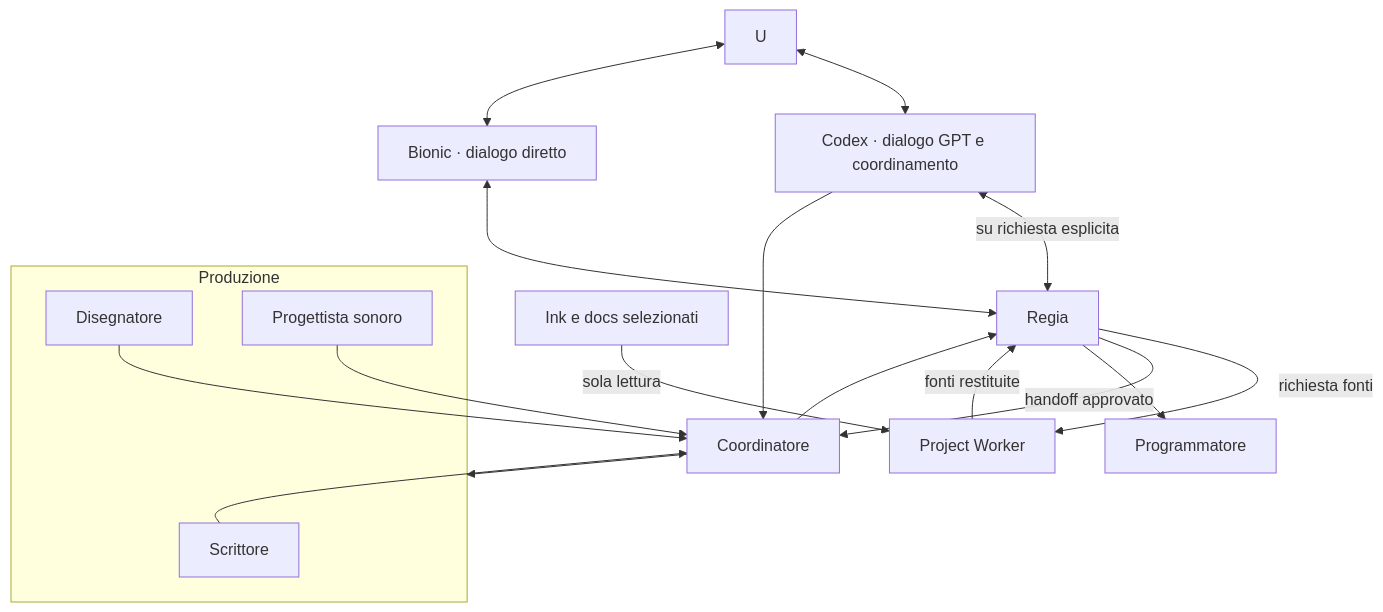
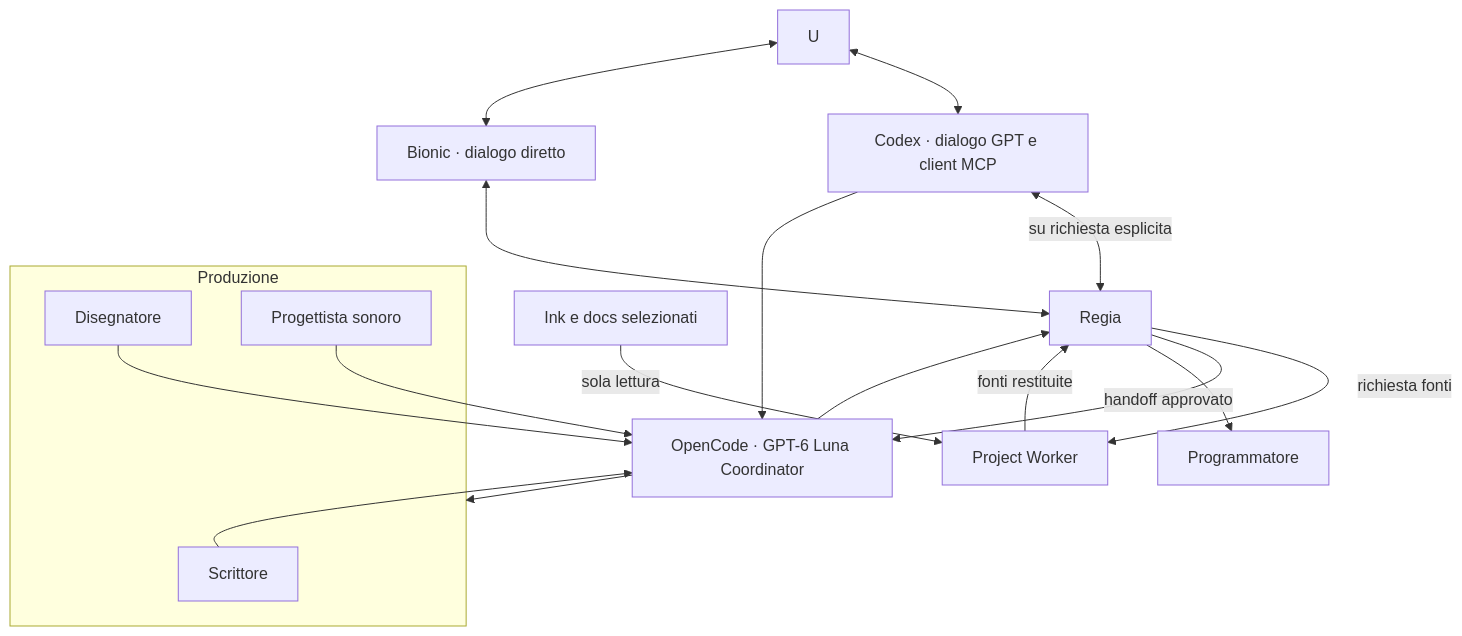
Before and after one commit to DRincs-Productions/LM-Studio: the first of 12 diagrams in README.md, drawn with Mermaid. The commit also changed other lines of this file and 31 other files, not shown here.

Commit message:
Integrate OpenCode across Shadow workflows

````diff
--- a/README.md
+++ b/README.md
@@ -15,23 +15,23 @@
 ```mermaid
 flowchart TD
-    U <--> X[Codex · dialogo GPT e coordinamento]
+    U <--> X[Codex · dialogo GPT e client MCP]
     U <--> B[Bionic · dialogo diretto]
     X <-->|su richiesta esplicita| R[Regia]
     B <--> R
     R -->|richiesta fonti| PW[Project Worker]
     F[Ink e docs selezionati] -->|sola lettura| PW
     PW -->|fonti restituite| R
-    X --> C[Coordinatore]
+    X --> C[OpenCode · GPT-6 Luna Coordinator]
     R -->|handoff approvato| C
     C --> PRODUZIONE
     subgraph PRODUZIONE[Produzione]
         W[Scrittore]
         D[Disegnatore]
         S[Progettista sonoro]
     end
     W --> C
     D --> C
     S --> C
     C --> R
     R --> P[Programmatore]
 ```
````
